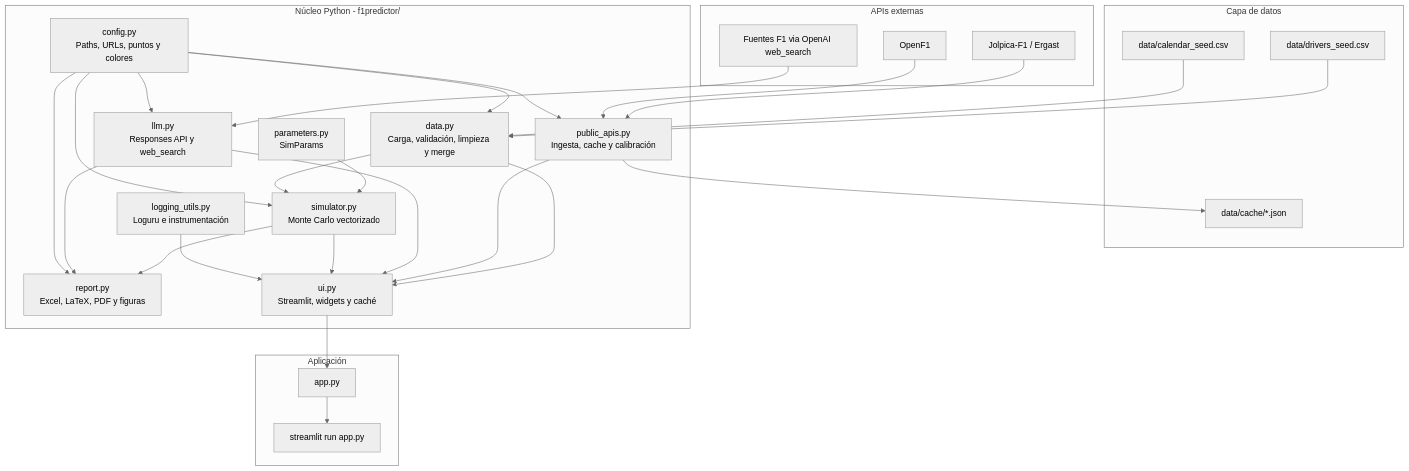
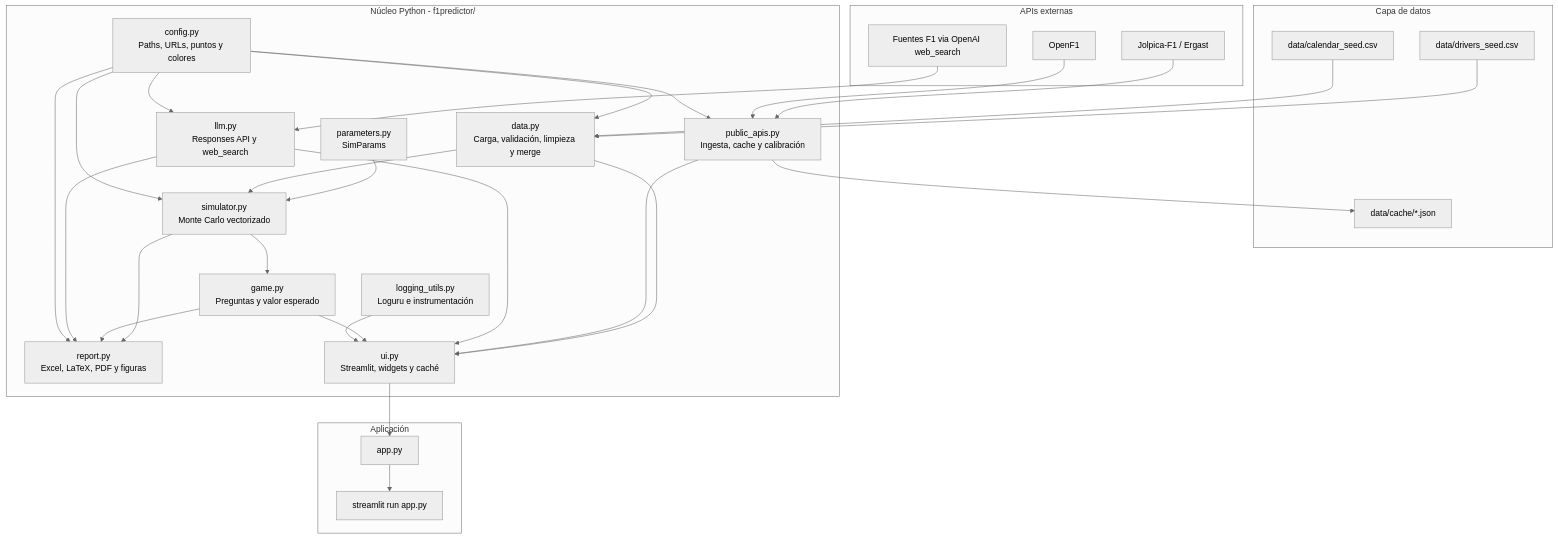
The first of 3 diagrams in README.md (fjgonzalezmgt/F1-Results), drawn with Mermaid (neutral theme) before and after one commit. The commit also changed other lines of this file and 9 other files, not shown here.

````diff
--- a/README.md
+++ b/README.md
@@ -64,51 +67,53 @@
 ```mermaid
 graph TD
     subgraph Datos["Capa de datos"]
         CSV_D["data/drivers_seed.csv"]
         CSV_C["data/calendar_seed.csv"]
         CACHE["data/cache/*.json"]
     end
 
     subgraph APIs["APIs externas"]
         JOLPICA["Jolpica-F1 / Ergast"]
         OPENF1["OpenF1"]
         F1WEB["Fuentes F1 via OpenAI web_search"]
     end
 
     subgraph Core["Núcleo Python - f1predictor/"]
         CONFIG["config.py<br/>Paths, URLs, puntos y colores"]
         DATA["data.py<br/>Carga, validación, limpieza y merge"]
         PARAMS["parameters.py<br/>SimParams"]
         PUBAPI["public_apis.py<br/>Ingesta, cache y calibración"]
         SIM["simulator.py<br/>Monte Carlo vectorizado"]
+        GAME["game.py<br/>Preguntas y valor esperado"]
         LLM["llm.py<br/>Responses API y web_search"]
         REPORT["report.py<br/>Excel, LaTeX, PDF y figuras"]
         LOGS["logging_utils.py<br/>Loguru e instrumentación"]
         UI["ui.py<br/>Streamlit, widgets y caché"]
     end
 
     subgraph App["Aplicación"]
         ENTRY["app.py"]
         STREAMLIT["streamlit run app.py"]
     end
 
     CSV_D & CSV_C --> DATA
     DATA --> UI
     JOLPICA & OPENF1 --> PUBAPI
     PUBAPI --> CACHE
     PUBAPI --> UI
     F1WEB --> LLM
     LLM --> UI
     PARAMS --> SIM
     DATA --> SIM
-    SIM --> UI
-    SIM & LLM --> REPORT
+    SIM --> GAME
+    GAME --> UI
+    SIM & GAME & LLM --> REPORT
     CONFIG --> DATA
     CONFIG --> PUBAPI
     CONFIG --> SIM
     CONFIG --> LLM
     CONFIG --> REPORT
     LOGS --> UI
     UI --> ENTRY
     ENTRY --> STREAMLIT
 ```
````
